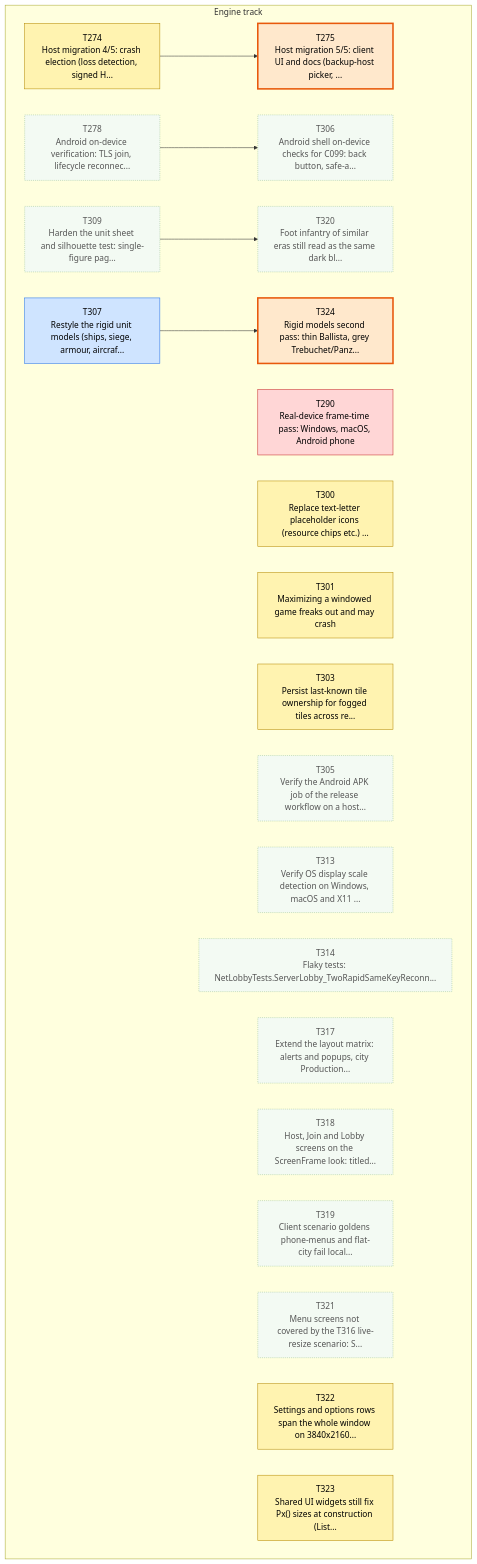
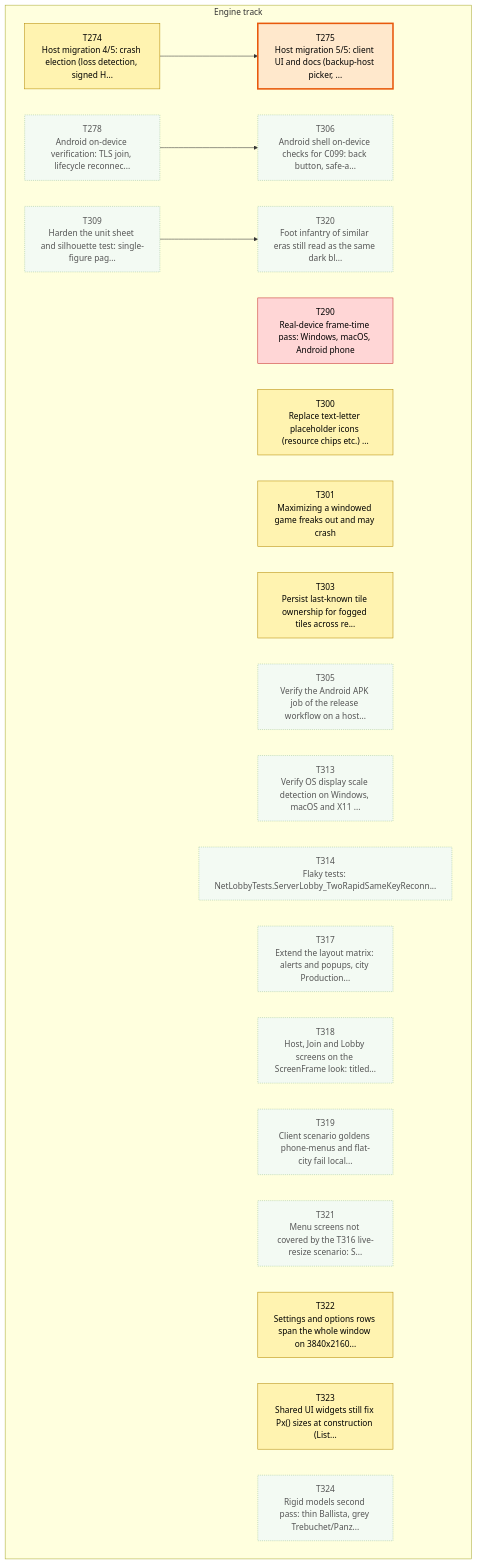
Before and after one commit to Kenmura/Unciv: the first of 3 diagrams in csharp/migration/DEPENDENCY_MAP.md, drawn with Mermaid. The commit also changed other lines of this file and 1 other file, not shown here.

Commit message:
migration: review T307 pass [Adversarial Review]

````diff
--- a/csharp/migration/DEPENDENCY_MAP.md
+++ b/csharp/migration/DEPENDENCY_MAP.md
@@ -35,58 +35,55 @@
 ```mermaid
 flowchart TD
   subgraph TTRACK["Engine track"]
     T274["T274<br/>Host migration 4/5: crash election (loss detection, signed H..."]
     T275["T275<br/>Host migration 5/5: client UI and docs (backup-host picker, ..."]
     T278["T278<br/>Android on-device verification: TLS join, lifecycle reconnec..."]
     T290["T290<br/>Real-device frame-time pass: Windows, macOS, Android phone"]
     T300["T300<br/>Replace text-letter placeholder icons (resource chips etc.) ..."]
     T301["T301<br/>Maximizing a windowed game freaks out and may crash"]
     T303["T303<br/>Persist last-known tile ownership for fogged tiles across re..."]
     T305["T305<br/>Verify the Android APK job of the release workflow on a host..."]
     T306["T306<br/>Android shell on-device checks for C099: back button, safe-a..."]
-    T307["T307<br/>Restyle the rigid unit models (ships, siege, armour, aircraf..."]
     T309["T309<br/>Harden the unit sheet and silhouette test: single-figure pag..."]
     T313["T313<br/>Verify OS display scale detection on Windows, macOS and X11 ..."]
     T314["T314<br/>Flaky tests: NetLobbyTests.ServerLobby_TwoRapidSameKeyReconn..."]
     T317["T317<br/>Extend the layout matrix: alerts and popups, city Production..."]
     T318["T318<br/>Host, Join and Lobby screens on the ScreenFrame look: titled..."]
     T319["T319<br/>Client scenario goldens phone-menus and flat-city fail local..."]
     T320["T320<br/>Foot infantry of similar eras still read as the same dark bl..."]
     T321["T321<br/>Menu screens not covered by the T316 live-resize scenario: S..."]
     T322["T322<br/>Settings and options rows span the whole window on 3840x2160..."]
     T323["T323<br/>Shared UI widgets still fix Px() sizes at construction (List..."]
     T324["T324<br/>Rigid models second pass: thin Ballista, grey Trebuchet/Panz..."]
   end
   T274 --> T275
   T278 --> T306
   T309 --> T320
-  T307 --> T324
   classDef waiting fill:#f3faf3,stroke:#9bc49b,color:#555,stroke-dasharray:2 2
   classDef ondeck fill:#ffe8cc,stroke:#e8590c,stroke-width:3px,color:#000
   classDef ready fill:#7ee787,stroke:#1a7f37,stroke-width:3px,color:#000
   classDef prog fill:#fff3b0,stroke:#b58900,color:#000
   classDef review fill:#cfe4ff,stroke:#1f6feb,color:#000
   classDef blocked fill:#ffd6d6,stroke:#c62828,color:#000
   classDef done fill:#eeeeee,stroke:#999999,color:#666,stroke-dasharray:4 3
   class T274 prog
   class T275 ondeck
   class T278 waiting
   class T290 blocked
   class T300 prog
   class T301 prog
   class T303 prog
   class T305 waiting
   class T306 waiting
-  class T307 review
   class T309 waiting
   class T313 waiting
   class T314 waiting
   class T317 waiting
   class T318 waiting
   class T319 waiting
   class T320 waiting
   class T321 waiting
   class T322 prog
   class T323 prog
-  class T324 ondeck
+  class T324 waiting
 ```
````
